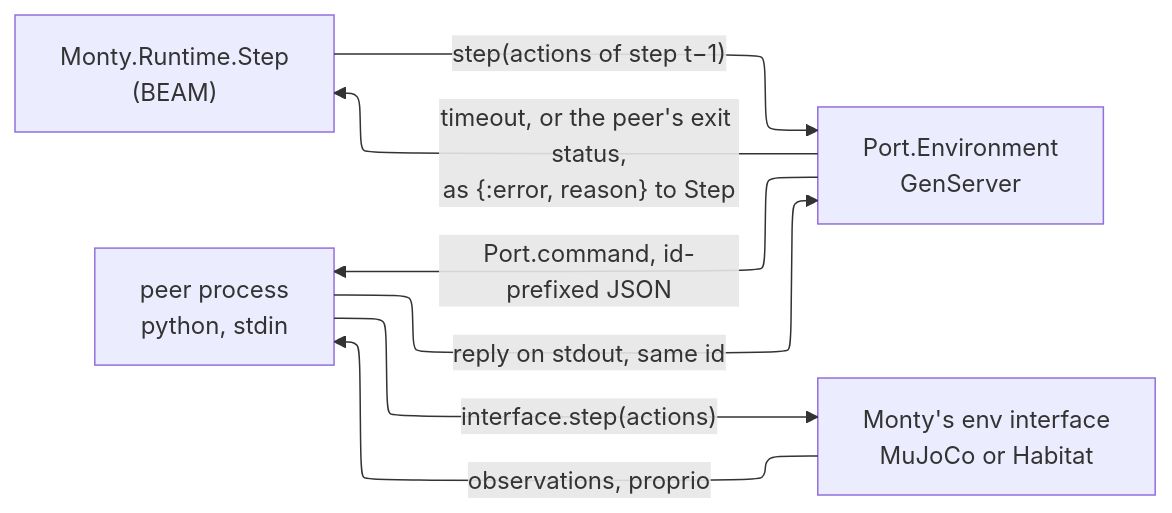
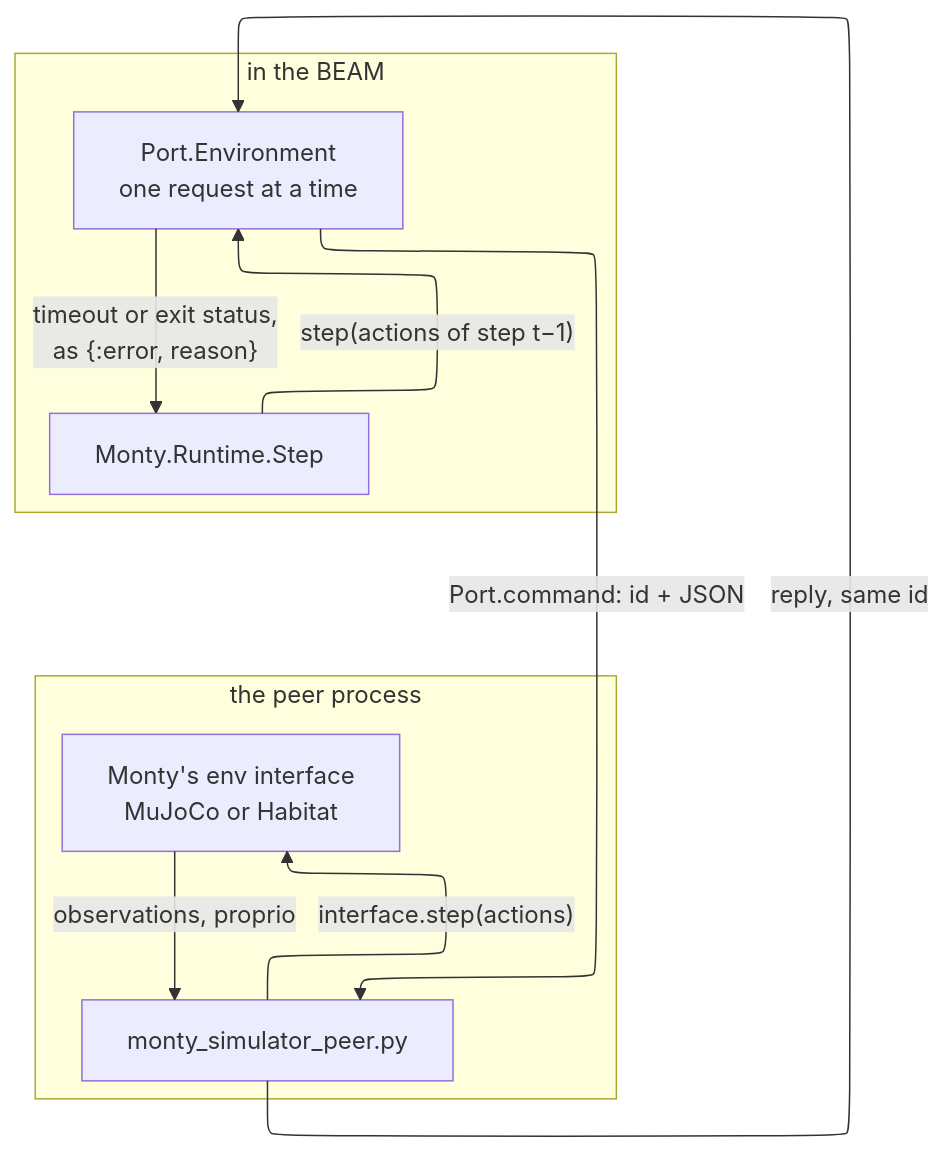
Before and after one commit to d-led/ex.tbp.monty: the third of 7 diagrams in docs/architecture.md, drawn with Mermaid. The commit also changed other lines of this file, not shown here.

First line of the commit message:
docs: the flowcharts read downwards, and the boundaries are boxes

````diff
--- a/docs/architecture.md
+++ b/docs/architecture.md
@@ -146,13 +146,23 @@
 ```mermaid
 ---
 config:
   layout: elk
 ---
-flowchart LR
-    step["Monty.Runtime.Step<br/>(BEAM)"] -->|"step(actions of step t−1)"| port["Port.Environment<br/>GenServer"]
-    port -->|"Port.command, id-prefixed JSON"| peer["peer process<br/>python, stdin"]
-    peer -->|"interface.step(actions)"| world["Monty's env interface<br/>MuJoCo or Habitat"]
+flowchart TD
+    subgraph beam["in the BEAM"]
+        step["Monty.Runtime.Step"]
+        port["Port.Environment<br/>one request at a time"]
+    end
+
+    subgraph python["the peer process"]
+        peer["monty_simulator_peer.py"]
+        world["Monty's env interface<br/>MuJoCo or Habitat"]
+    end
+
+    step -->|"step(actions of step t−1)"| port
+    port -->|"Port.command: id + JSON"| peer
+    peer -->|"interface.step(actions)"| world
     world -->|"observations, proprio"| peer
-    peer -->|"reply on stdout, same id"| port
-    port -->|"timeout, or the peer's exit status,<br/>as {:error, reason} to Step"| step
+    peer -->|"reply, same id"| port
+    port -->|"timeout or exit status,<br/>as {:error, reason}"| step
 ```
````
